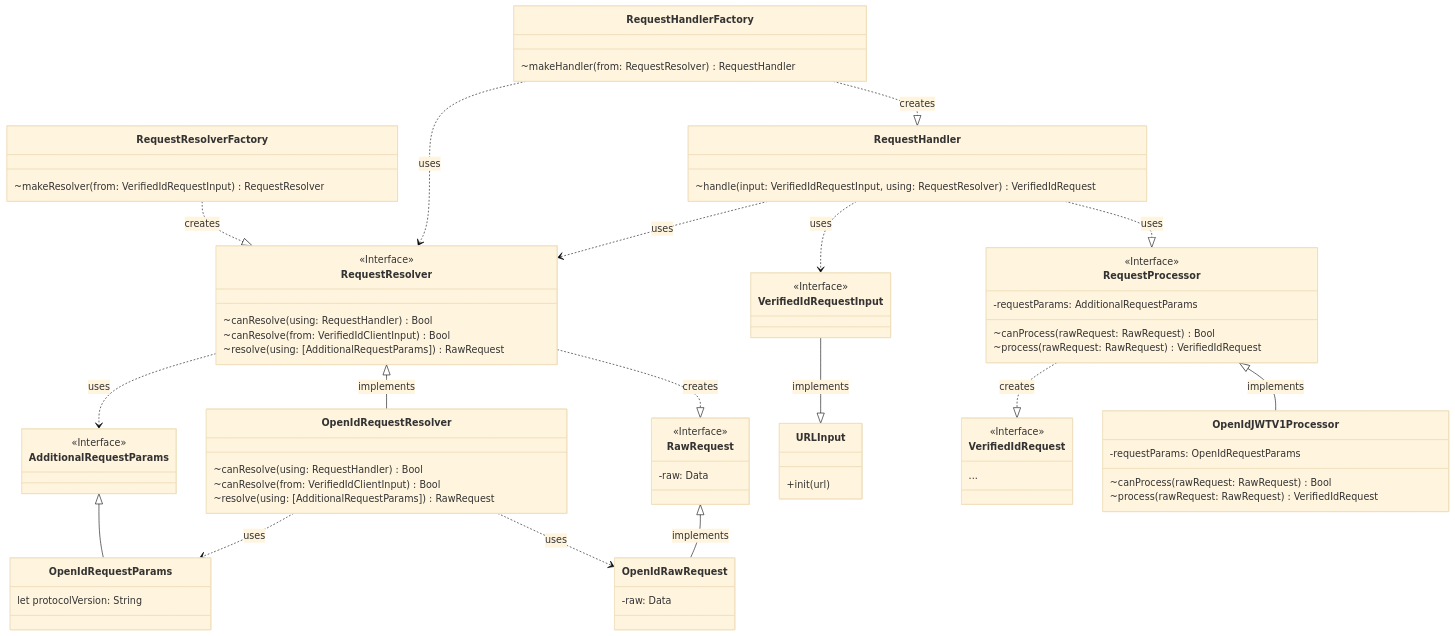
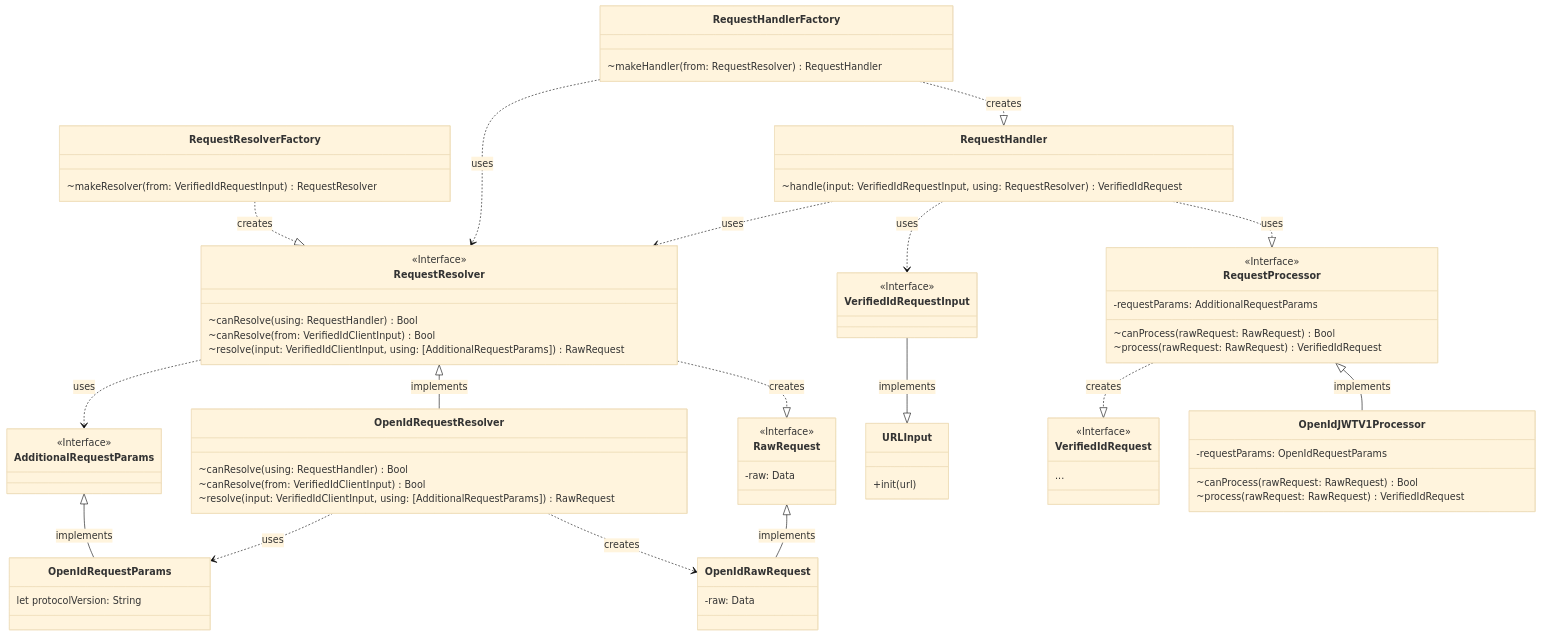
One commit to microsoft/entra-verifiedid-wallet-library-ios changed the diagram in Docs/InternalArchitecture.md. Above: the diagram before and after it, drawn with Mermaid (base theme). The commit also changed other lines of this file, not shown here.

````diff
--- a/Docs/InternalArchitecture.md
+++ b/Docs/InternalArchitecture.md
@@ -4,70 +4,70 @@
 ```mermaid
 classDiagram
 RequestResolverFactory ..|> RequestResolver: creates
 RequestResolver ..> AdditionalRequestParams: uses
 RequestResolver <|-- OpenIdRequestResolver: implements
 RequestResolver ..|> RawRequest: creates
-OpenIdRequestResolver ..> OpenIdRawRequest: uses
+OpenIdRequestResolver ..> OpenIdRawRequest: creates
 RawRequest <|-- OpenIdRawRequest: implements
-AdditionalRequestParams <|-- OpenIdRequestParams
+AdditionalRequestParams <|-- OpenIdRequestParams: implements
 OpenIdRequestResolver ..> OpenIdRequestParams: uses
 RequestHandlerFactory ..|> RequestHandler: creates
 RequestHandlerFactory ..> RequestResolver: uses
 RequestHandler ..> RequestResolver: uses
 RequestHandler ..> VerifiedIdRequestInput: uses
 VerifiedIdRequestInput --|> URLInput: implements
 RequestHandler ..|> RequestProcessor: uses
 RequestProcessor ..|> VerifiedIdRequest: creates
 RequestProcessor <|-- OpenIdJWTV1Processor: implements
 class RequestResolverFactory{
     ~makeResolver(from: VerifiedIdRequestInput) RequestResolver
 }
 <<Interface>> RequestResolver
 class RequestResolver {
     ~canResolve(using: RequestHandler) Bool
     ~canResolve(from: VerifiedIdClientInput) Bool
-    ~resolve(using: [AdditionalRequestParams]) RawRequest
+    ~resolve(input: VerifiedIdClientInput, using: [AdditionalRequestParams]) RawRequest
 }
 class OpenIdRequestResolver {
     ~canResolve(using: RequestHandler) Bool
     ~canResolve(from: VerifiedIdClientInput) Bool
-    ~resolve(using: [AdditionalRequestParams]) RawRequest
+    ~resolve(input: VerifiedIdClientInput, using: [AdditionalRequestParams]) RawRequest
 
 }
 class RequestHandlerFactory{
     ~makeHandler(from: RequestResolver) RequestHandler
 }
 class RequestHandler{
     ~handle(input: VerifiedIdRequestInput, using: RequestResolver) VerifiedIdRequest
 }
 <<Interface>> VerifiedIdRequestInput
 class URLInput{
     +init(url)
 }
 <<Interface>> RequestProcessor
 class RequestProcessor {
     -requestParams: AdditionalRequestParams
     ~canProcess(rawRequest: RawRequest) Bool
     ~process(rawRequest: RawRequest) VerifiedIdRequest
 }
 class OpenIdJWTV1Processor {
     -requestParams: OpenIdRequestParams
     ~canProcess(rawRequest: RawRequest) Bool
     ~process(rawRequest: RawRequest) VerifiedIdRequest
 }
 class OpenIdRequestParams {
     let protocolVersion: String
 }
 <<Interface>> AdditionalRequestParams
 <<Interface>> RawRequest
 class RawRequest {
     -raw: Data
 }
 class OpenIdRawRequest {
     -raw: Data
 }
 <<Interface>> VerifiedIdRequest
 class VerifiedIdRequest {
     ...
 }
 ```
````
